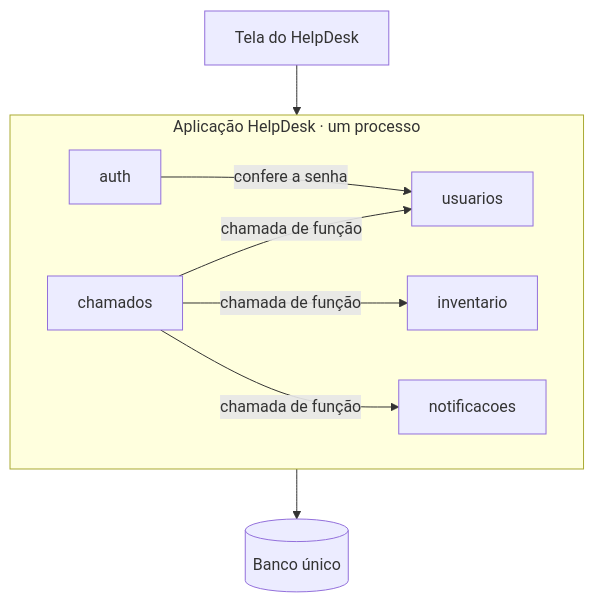
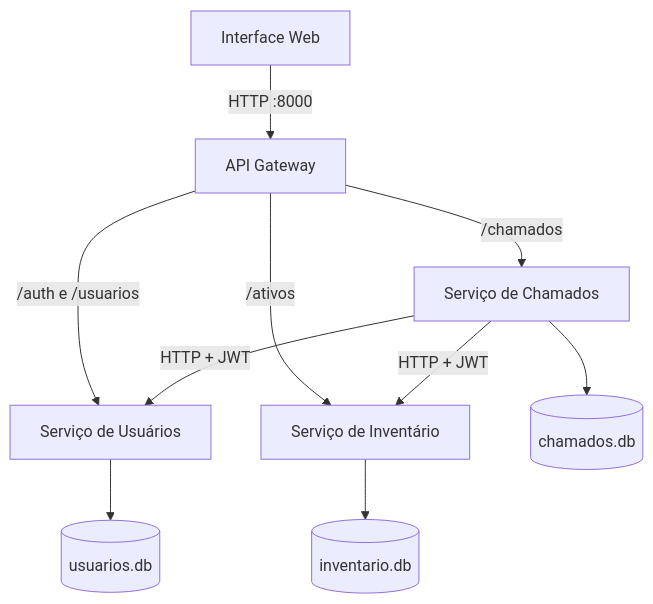
One commit to oliveirajoaomanoel239-debug/helpdesk-microsservicos-joao changed the diagram in README.md. Above: the diagram before and after it, drawn with Mermaid. The commit also changed other lines of this file, not shown here.

````diff
--- a/README.md
+++ b/README.md
@@ -102,16 +11,12 @@
-```mermaid
+~~~mermaid
 flowchart TB
-    Tela[Tela do HelpDesk] --> API
-    subgraph API[Aplicação HelpDesk · um processo]
-        Auth[auth]
-        Usuarios[usuarios]
-        Inventario[inventario]
-        Chamados[chamados]
-        Notificacoes[notificacoes]
-        Auth -->|confere a senha| Usuarios
-        Chamados -->|chamada de função| Usuarios
-        Chamados -->|chamada de função| Inventario
-        Chamados -->|chamada de função| Notificacoes
-    end
-    API --> BD[(Banco único)]
-```
+    Browser[Interface Web] -->|HTTP :8000| GW[API Gateway]
+    GW -->|/auth e /usuarios| U[Serviço de Usuários]
+    GW -->|/ativos| I[Serviço de Inventário]
+    GW -->|/chamados| C[Serviço de Chamados]
+    C -->|HTTP + JWT| U
+    C -->|HTTP + JWT| I
+    U --> DBU[(usuarios.db)]
+    I --> DBI[(inventario.db)]
+    C --> DBC[(chamados.db)]
+~~~
````
